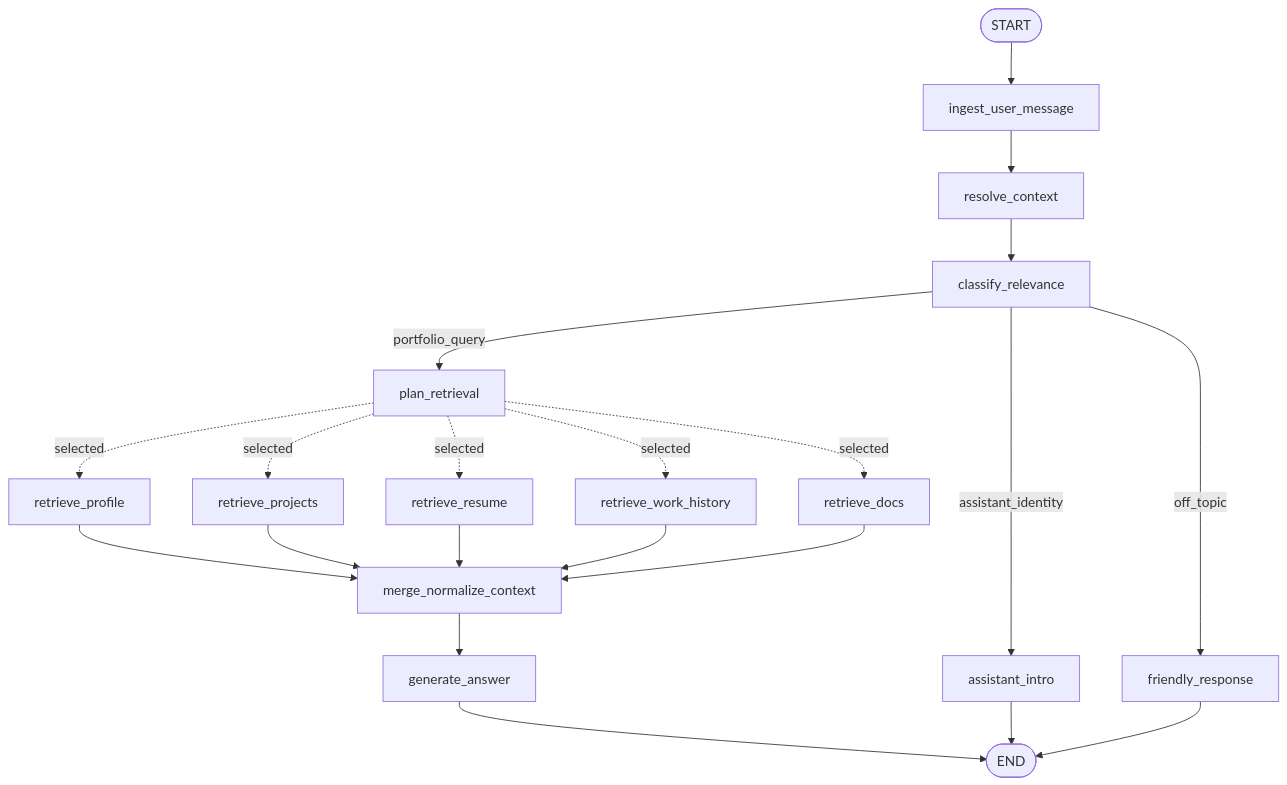
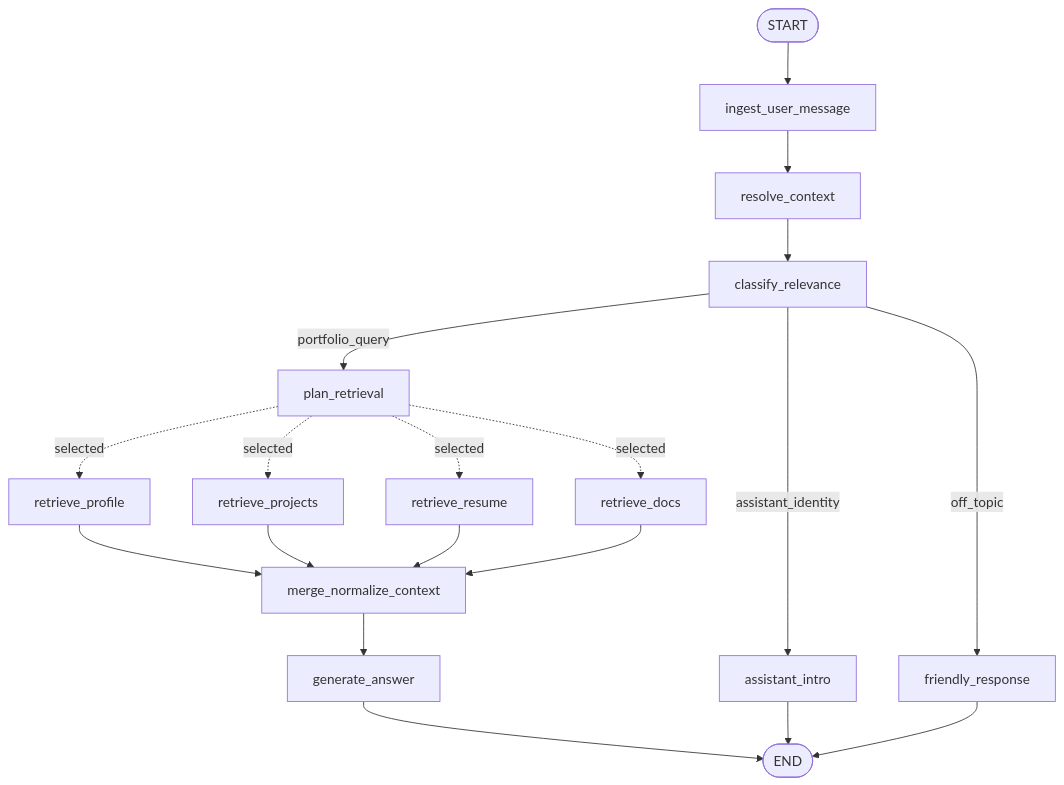
One commit to yubi00/portfolio-assistant-langgraph changed the second of 2 diagrams in LANGGRAPH_ARCHITECTURE.md. Above: the diagram before and after it, drawn with Mermaid. The commit also changed other lines of this file and 13 other files, not shown here.

Commit message:
Remove duplicate work history retrieval

````diff
--- a/LANGGRAPH_ARCHITECTURE.md
+++ b/LANGGRAPH_ARCHITECTURE.md
@@ -58,25 +58,23 @@
 ```mermaid
 flowchart TD
     START([START]) --> Ingest[ingest_user_message]
     Ingest --> Resolve[resolve_context]
     Resolve --> Classify[classify_relevance]
 
     Classify -->|portfolio_query| Plan[plan_retrieval]
     Classify -->|assistant_identity| Intro[assistant_intro]
     Classify -->|off_topic| Friendly[friendly_response]
 
     Plan -. selected .-> Profile[retrieve_profile]
     Plan -. selected .-> Projects[retrieve_projects]
     Plan -. selected .-> Resume[retrieve_resume]
-    Plan -. selected .-> Work[retrieve_work_history]
     Plan -. selected .-> Docs[retrieve_docs]
     Profile --> Merge[merge_normalize_context]
     Projects --> Merge
     Resume --> Merge
-    Work --> Merge
     Docs --> Merge
     Merge --> Answer[generate_answer]
     Answer --> END([END])
     Intro --> END
     Friendly --> END
 ```
````
